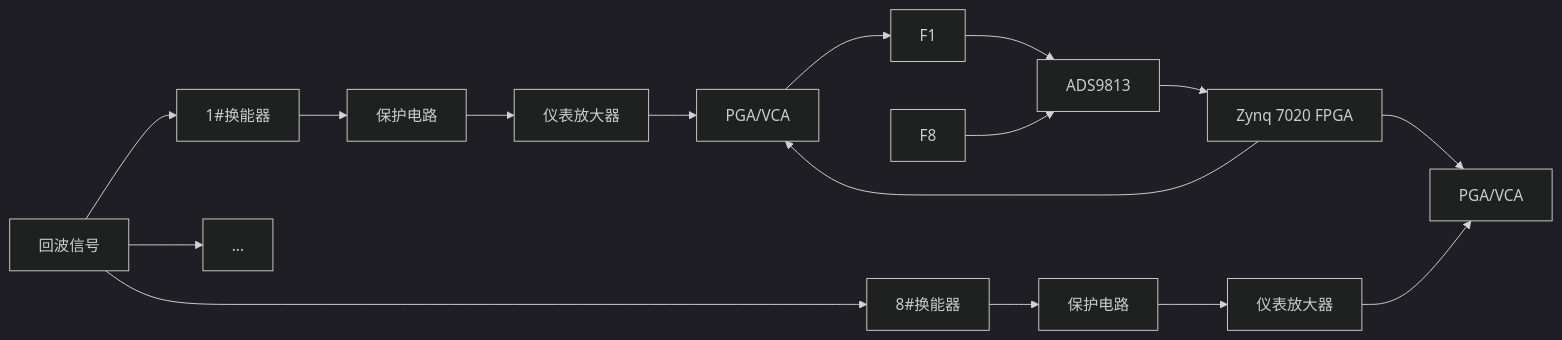
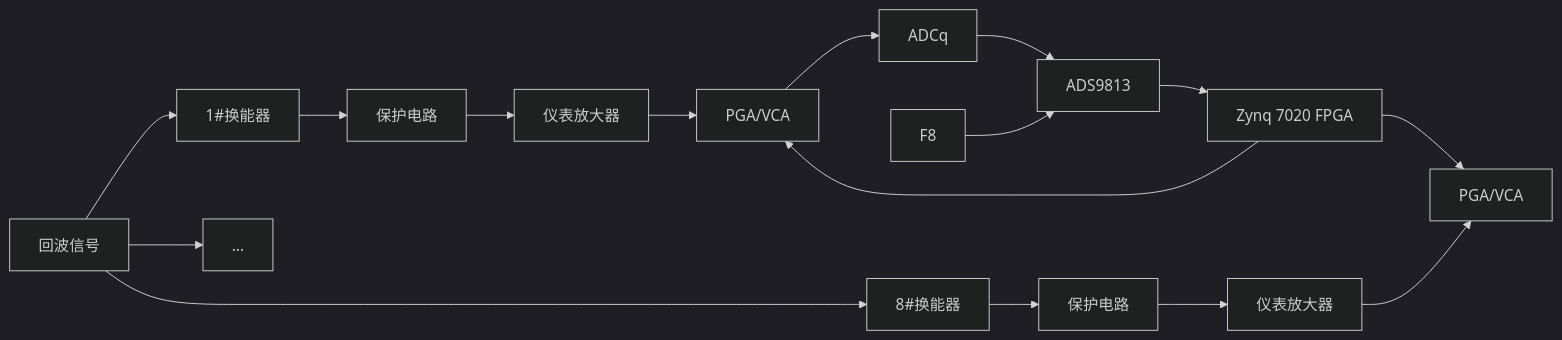
The diagram in all/同步采集.md (Rukawa15/iodraw-files), drawn with Mermaid (dark theme) before and after one commit.

Commit message:
2025-06-19 14:38:23 update

````diff
--- a/all/同步采集.md
+++ b/all/同步采集.md
@@ -1,26 +1,26 @@
 ```mermaid
 graph LR
 A[回波信号]
 A --> B1[1#换能器]
 A --> ...
 A --> B8[8#换能器]
 
 B1 --> C1[保护电路]
 B8 --> C8[保护电路]
 
 C1 --> D1[仪表放大器]
 C8 --> D8[仪表放大器]
 H[Zynq 7020 ARM] --> E1
 H[Zynq 7020 ARM] --> E8
 D1 --> E1[PGA/VCA]
 D8 --> E8[PGA/VCA]
 
-E1 --> F1
+E1 --> F1[ADCq]
 
 F1 --> G[ADS9813]
 F8 --> G[ADS9813] 
 
 G --> H[Zynq 7020 FPGA]
 
 
 ```
````
